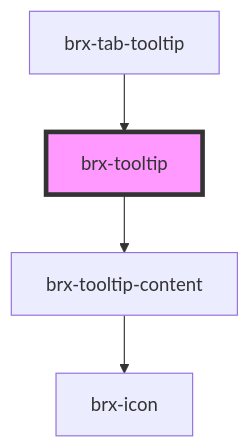
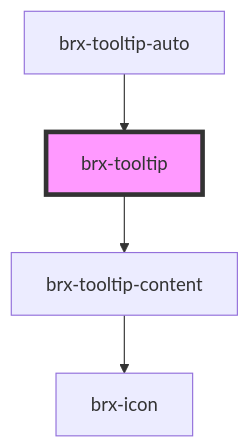
One commit to copperui/copperui changed the diagram in packages/core/src/components/brx-tooltip/readme.md. Above: the diagram before and after it, drawn with Mermaid. The commit also changed other lines of this file and 29 other files, not shown here.

````diff
--- a/packages/core/src/components/brx-tooltip/readme.md
+++ b/packages/core/src/components/brx-tooltip/readme.md
@@ -44,7 +44,7 @@
 ```mermaid
 graph TD;
   brx-tooltip --> brx-tooltip-content
   brx-tooltip-content --> brx-icon
-  brx-tab-tooltip --> brx-tooltip
+  brx-tooltip-auto --> brx-tooltip
   style brx-tooltip fill:#f9f,stroke:#333,stroke-width:4px
 ```
````
